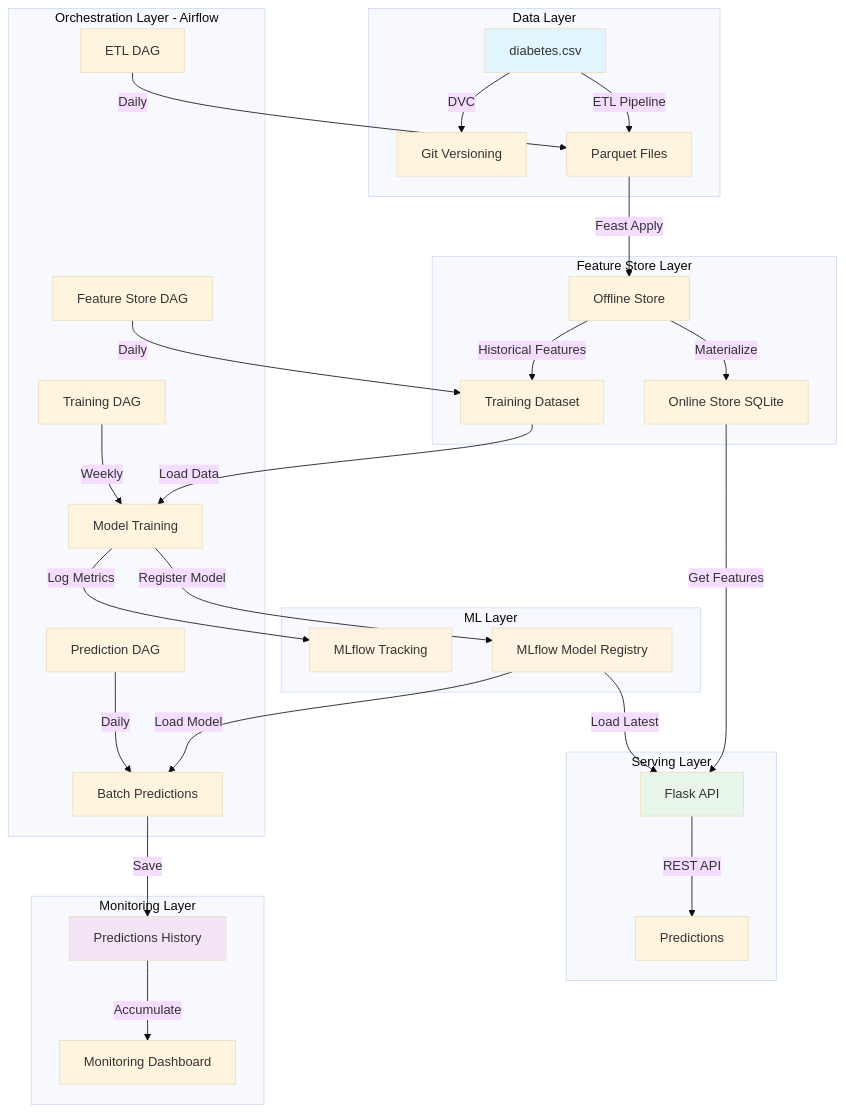
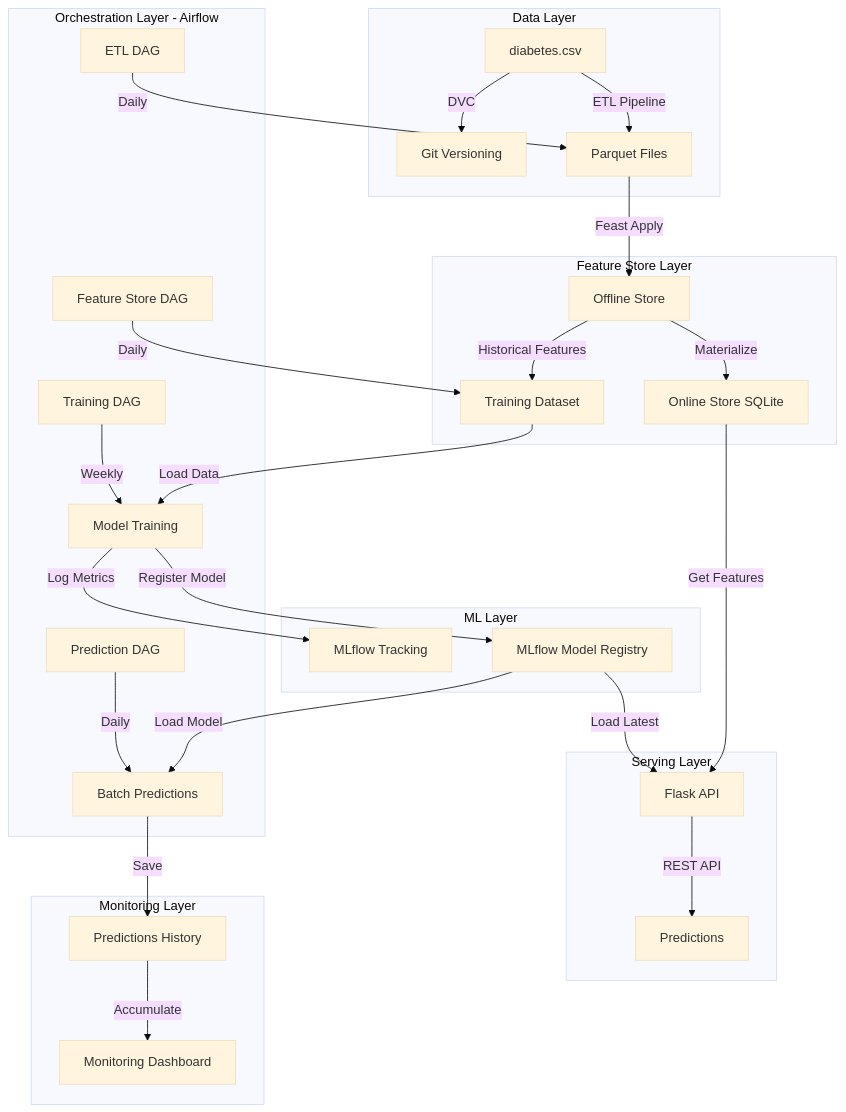
The first of 5 diagrams in README.md (velosoberti/MLOps), drawn with Mermaid (base theme) before and after one commit. The commit also changed other lines of this file, not shown here.

````diff
--- a/README.md
+++ b/README.md
@@ -32,44 +32,38 @@
 ```mermaid
 graph TB
     subgraph "Data Layer"
         A[diabetes.csv] -->|DVC| B[Git Versioning]
         A -->|ETL Pipeline| C[Parquet Files]
     end
     
     subgraph "Feature Store Layer"
         C -->|Feast Apply| D[Offline Store]
         D -->|Materialize| E[Online Store SQLite]
         D -->|Historical Features| F[Training Dataset]
     end
     
     subgraph "Orchestration Layer - Airflow"
         G[ETL DAG] -->|Daily| C
         H[Feature Store DAG] -->|Daily| F
         I[Training DAG] -->|Weekly| J[Model Training]
         K[Prediction DAG] -->|Daily| L[Batch Predictions]
     end
     
     subgraph "ML Layer"
         F -->|Load Data| J
         J -->|Log Metrics| M[MLflow Tracking]
         J -->|Register Model| N[MLflow Model Registry]
         N -->|Load Model| L
     end
     
     subgraph "Serving Layer"
         N -->|Load Latest| O[Flask API]
         E -->|Get Features| O
         O -->|REST API| P[Predictions]
     end
     
     subgraph "Monitoring Layer"
         L -->|Save| Q[Predictions History]
         Q -->|Accumulate| R[Monitoring Dashboard]
     end
-    
-    style A fill:#e1f5ff
-    style M fill:#fff4e1
-    style N fill:#fff4e1
-    style O fill:#e8f5e9
-    style Q fill:#f3e5f5
 ```
````
